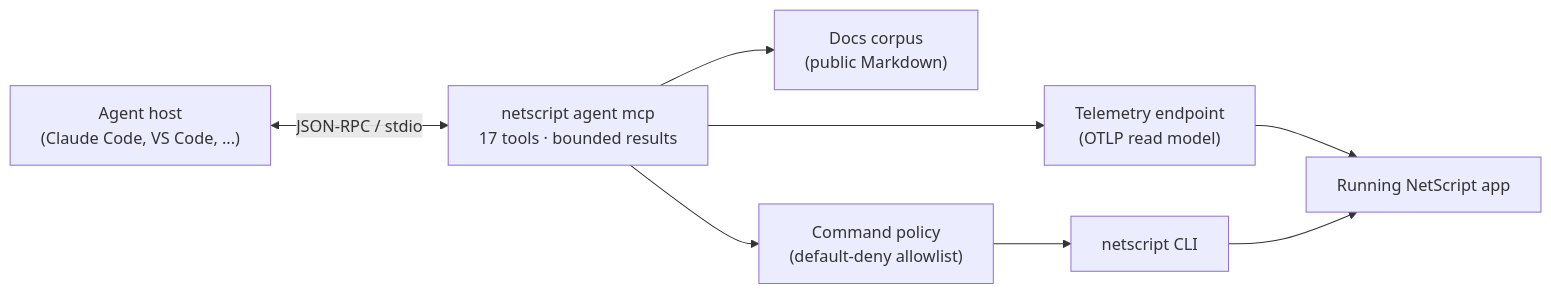
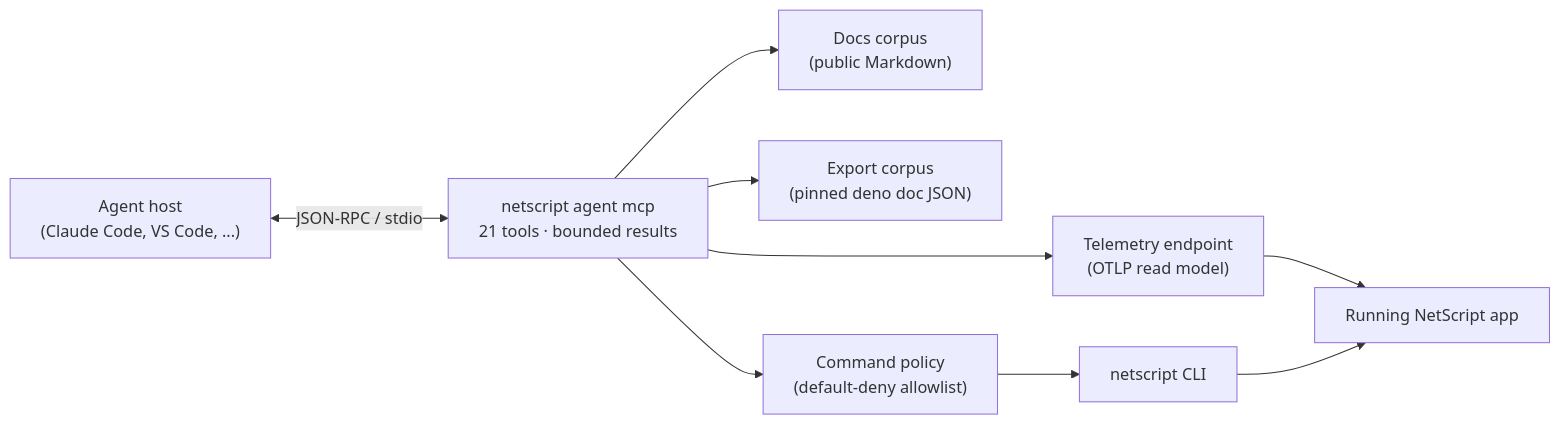
Before and after one commit to rickylabs/netscript: the diagram in packages/mcp/README.md, drawn with Mermaid. The commit also changed other lines of this file and 25 other files, not shown here.

Commit message:
feat(mcp): add generated export surface corpus

````diff
--- a/packages/mcp/README.md
+++ b/packages/mcp/README.md
@@ -46,10 +46,11 @@
 ```mermaid
 flowchart LR
-    A["Agent host<br/>(Claude Code, VS Code, ...)"] <-- "JSON-RPC / stdio" --> S["netscript agent mcp<br/>17 tools · bounded results"]
+    A["Agent host<br/>(Claude Code, VS Code, ...)"] <-- "JSON-RPC / stdio" --> S["netscript agent mcp<br/>21 tools · bounded results"]
     S --> T["Telemetry endpoint<br/>(OTLP read model)"]
     S --> D["Docs corpus<br/>(public Markdown)"]
+    S --> E["Export corpus<br/>(pinned deno doc JSON)"]
     S --> P["Command policy<br/>(default-deny allowlist)"]
     T --> R["Running NetScript app"]
     P --> C["netscript CLI"]
     C --> R
 ```
````
